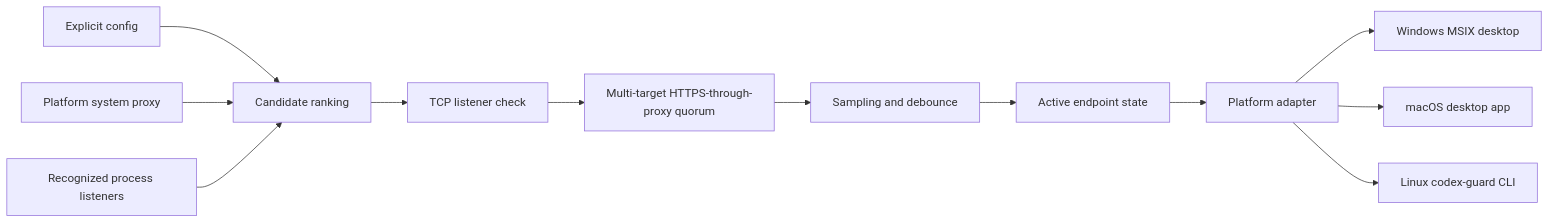
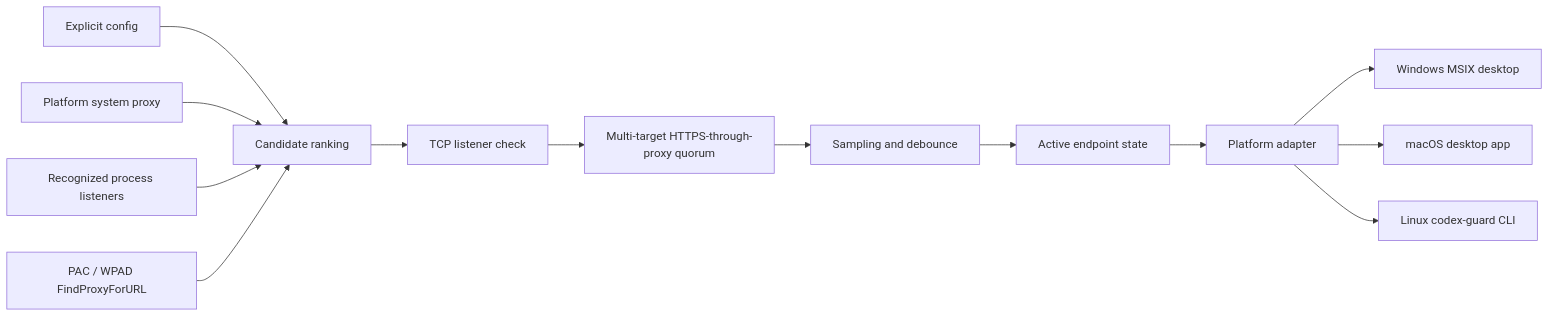
Before and after one commit to CH-ZHOU-0512/codex-proxy-guardian: the first of 2 diagrams in docs/ARCHITECTURE.md, drawn with Mermaid. The commit also changed other lines of this file and 32 other files, not shown here.

Commit message:
Add SOCKS5 and PAC/WPAD support (#10)

````diff
--- a/docs/ARCHITECTURE.md
+++ b/docs/ARCHITECTURE.md
@@ -5,14 +5,15 @@
 ```mermaid
 flowchart LR
     A["Explicit config"] --> D["Candidate ranking"]
     B["Platform system proxy"] --> D
     C["Recognized process listeners"] --> D
+    P["PAC / WPAD FindProxyForURL"] --> D
     D --> E["TCP listener check"]
     E --> F["Multi-target HTTPS-through-proxy quorum"]
     F --> G["Sampling and debounce"]
     G --> H["Active endpoint state"]
     H --> I["Platform adapter"]
     I --> J["Windows MSIX desktop"]
     I --> K["macOS desktop app"]
     I --> L["Linux codex-guard CLI"]
 ```
````
